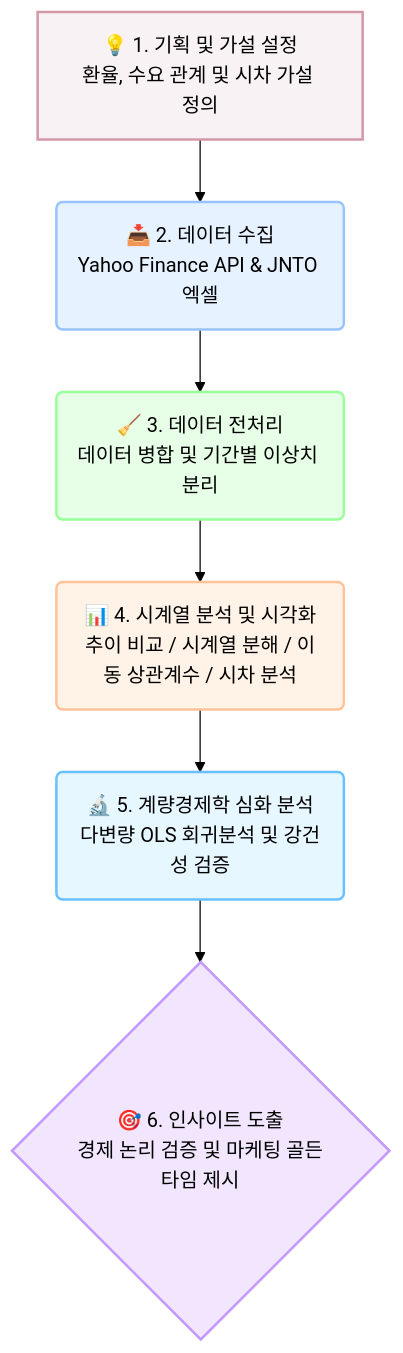
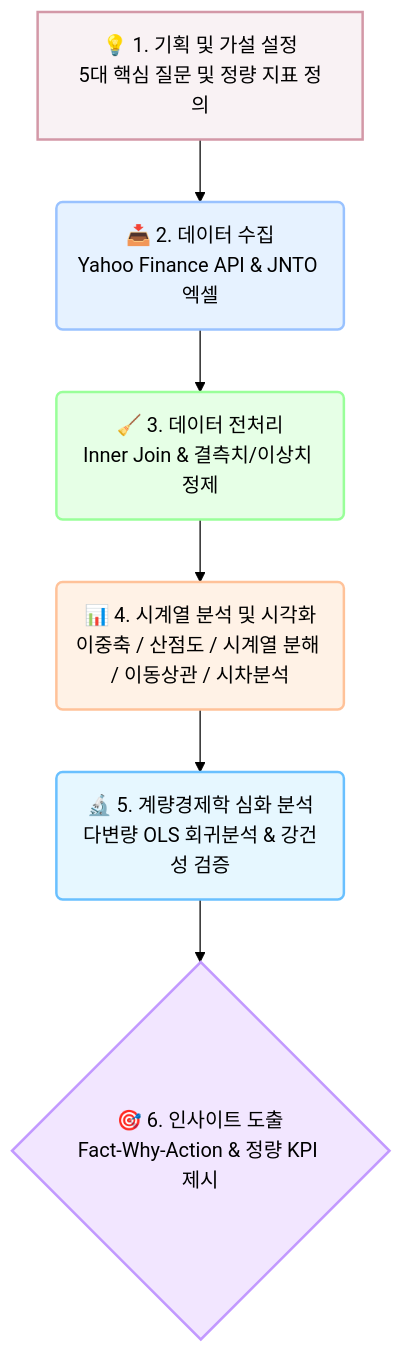
Before and after one commit to mustiolla/japan-travel-analysis: the diagram in README.md, drawn with Mermaid (forest theme). The commit also changed other lines of this file and 10 other files, not shown here.

````diff
--- a/README.md
+++ b/README.md
@@ -11,15 +14,15 @@
 ```mermaid
 graph TD
-    A[💡 1. 기획 및 가설 설정<br>환율, 수요 관계 및 시차 가설 정의] --> B(📥 2. 데이터 수집<br>Yahoo Finance API & JNTO 엑셀)
-    B --> C(🧹 3. 데이터 전처리<br>데이터 병합 및 기간별 이상치 분리)
-    C --> D(📊 4. 시계열 분석 및 시각화<br>추이 비교 / 시계열 분해 / 이동 상관계수 / 시차 분석)
-    D --> E(🔬 5. 계량경제학 심화 분석<br>다변량 OLS 회귀분석 및 강건성 검증)
-    E --> F{🎯 6. 인사이트 도출<br>경제 논리 검증 및 마케팅 골든타임 제시}
+    A[💡 1. 기획 및 가설 설정<br>5대 핵심 질문 및 정량 지표 정의] --> B(📥 2. 데이터 수집<br>Yahoo Finance API & JNTO 엑셀)
+    B --> C(🧹 3. 데이터 전처리<br>Inner Join & 결측치/이상치 정제)
+    C --> D(📊 4. 시계열 분석 및 시각화<br>이중축 / 산점도 / 시계열 분해 / 이동상관 / 시차분석)
+    D --> E(🔬 5. 계량경제학 심화 분석<br>다변량 OLS 회귀분석 & 강건성 검증)
+    E --> F{🎯 6. 인사이트 도출<br>Fact-Why-Action & 정량 KPI 제시}
 
     style A fill:#f9f2f4,stroke:#d398a7,stroke-width:2px
     style B fill:#e6f2ff,stroke:#99c2ff,stroke-width:2px
     style C fill:#e6ffe6,stroke:#99ff99,stroke-width:2px
     style D fill:#fff2e6,stroke:#ffc299,stroke-width:2px
     style E fill:#e6f7ff,stroke:#69c0ff,stroke-width:2px
     style F fill:#f2e6ff,stroke:#c299ff,stroke-width:2px
 ```
````
